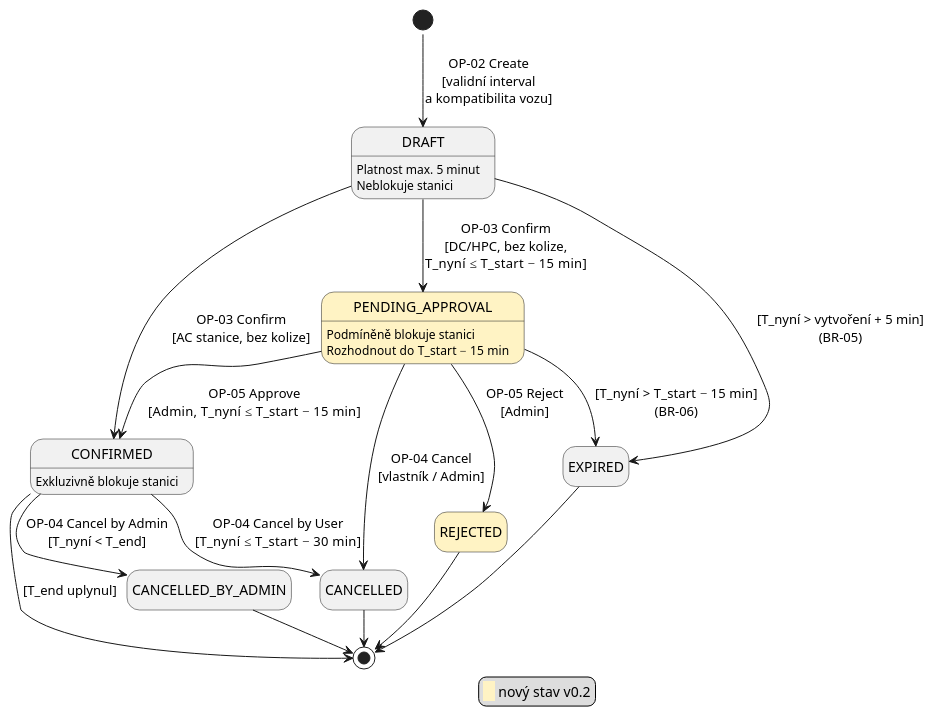
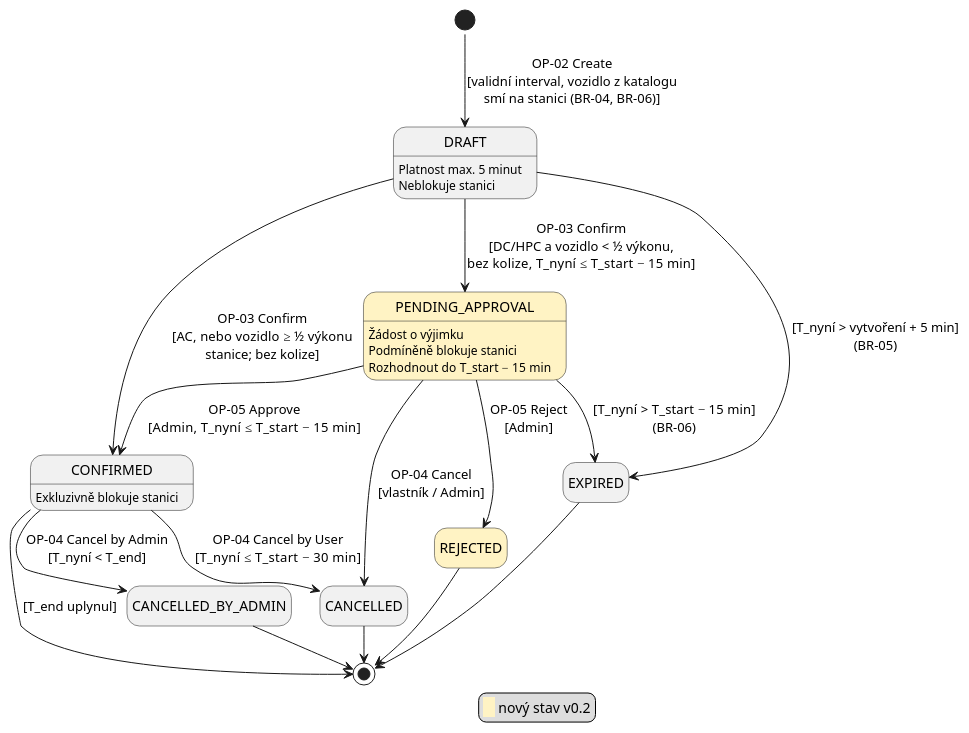
One commit to Gangyss67/SWI_Charger_stations changed the diagram in docs/diagrams/state_v02.puml. Above: the diagram before and after it, drawn with PlantUML. The commit also changed 33 other files, not shown here.

```diff
--- a/docs/diagrams/state_v02.puml
+++ b/docs/diagrams/state_v02.puml
@@ -1,30 +1,30 @@
 @startuml
 !pragma layout smetana
 skinparam defaultFontName Arial
 skinparam state {
   BackgroundColor<<new>> #FFF3C4
 }
 hide empty description
 state DRAFT : Platnost max. 5 minut\nNeblokuje stanici
-state PENDING_APPROVAL <<new>> : Podmíněně blokuje stanici\nRozhodnout do T_start − 15 min
+state PENDING_APPROVAL <<new>> : Žádost o výjimku\nPodmíněně blokuje stanici\nRozhodnout do T_start − 15 min
 state CONFIRMED : Exkluzivně blokuje stanici
 state REJECTED <<new>>
-[*] --> DRAFT : OP-02 Create\n[validní interval\na kompatibilita vozu]
-DRAFT --> CONFIRMED : OP-03 Confirm\n[AC stanice, bez kolize]
-DRAFT --> PENDING_APPROVAL : OP-03 Confirm\n[DC/HPC, bez kolize,\nT_nyní ≤ T_start − 15 min]
+[*] --> DRAFT : OP-02 Create\n[validní interval, vozidlo z katalogu\nsmí na stanici (BR-04, BR-06)]
+DRAFT --> CONFIRMED : OP-03 Confirm\n[AC, nebo vozidlo ≥ ½ výkonu\nstanice; bez kolize]
+DRAFT --> PENDING_APPROVAL : OP-03 Confirm\n[DC/HPC a vozidlo < ½ výkonu,\nbez kolize, T_nyní ≤ T_start − 15 min]
 DRAFT --> EXPIRED : [T_nyní > vytvoření + 5 min]\n(BR-05)
 PENDING_APPROVAL --> CONFIRMED : OP-05 Approve\n[Admin, T_nyní ≤ T_start − 15 min]
 PENDING_APPROVAL --> REJECTED : OP-05 Reject\n[Admin]
 PENDING_APPROVAL --> CANCELLED : OP-04 Cancel\n[vlastník / Admin]
 PENDING_APPROVAL --> EXPIRED : [T_nyní > T_start − 15 min]\n(BR-06)
 CONFIRMED --> CANCELLED : OP-04 Cancel by User\n[T_nyní ≤ T_start − 30 min]
 CONFIRMED --> CANCELLED_BY_ADMIN : OP-04 Cancel by Admin\n[T_nyní < T_end]
 CONFIRMED --> [*] : [T_end uplynul]
 CANCELLED --> [*]
 CANCELLED_BY_ADMIN --> [*]
 REJECTED --> [*]
 EXPIRED --> [*]
 legend right
   <back:#FFF3C4>   </back> nový stav v0.2
 endlegend
 @enduml
```
